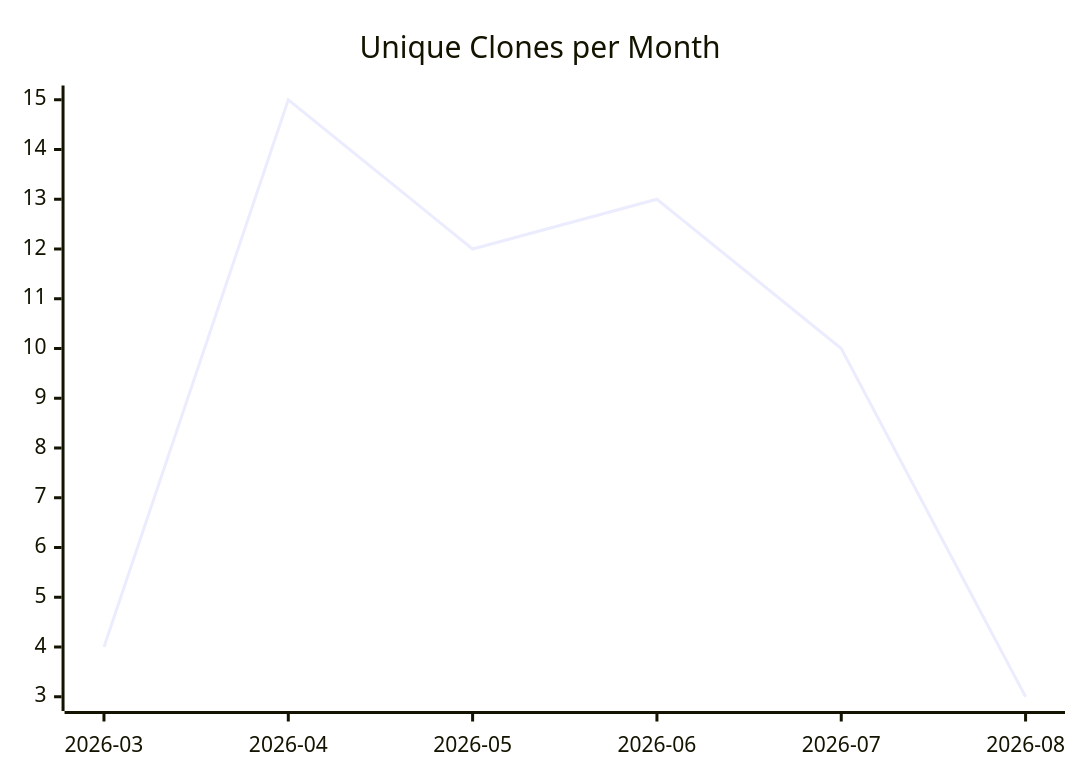
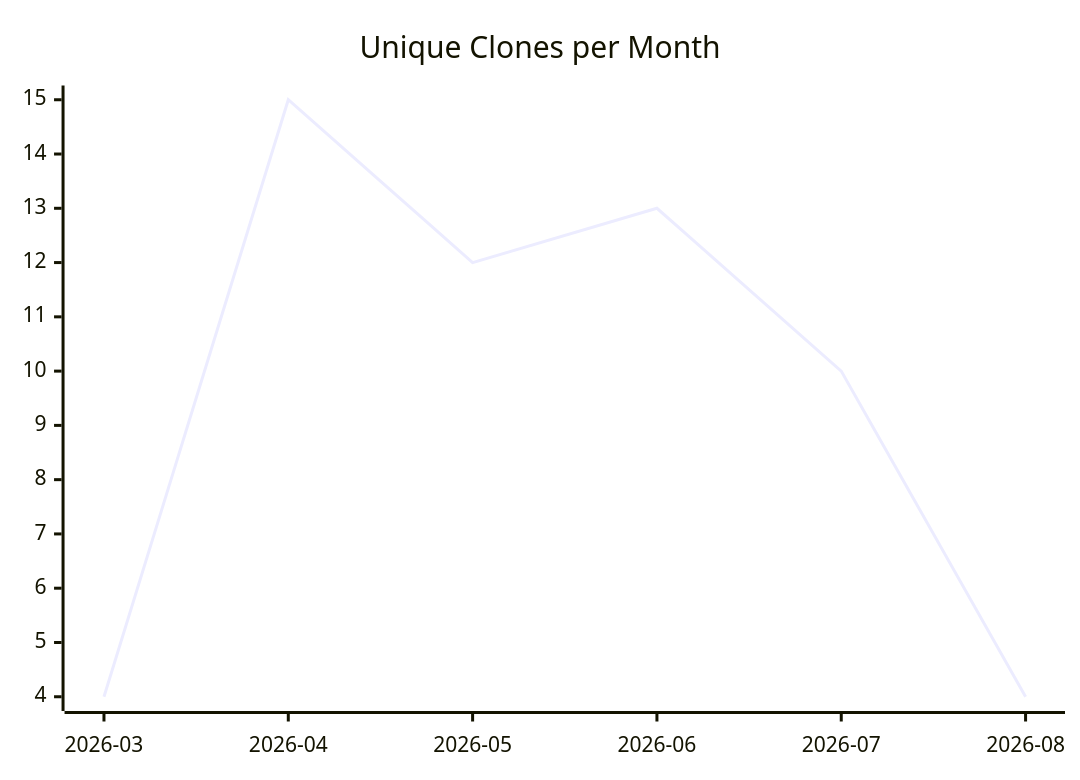
Before and after one commit to justdavis-family/github-analytics-data: the third of 3 diagrams in karlmdavis/ansible-role-bind-dns/README.md, drawn with Mermaid. The commit also changed other lines of this file and 167 other files, not shown here.

````diff
--- a/karlmdavis/ansible-role-bind-dns/README.md
+++ b/karlmdavis/ansible-role-bind-dns/README.md
@@ -19,6 +19,6 @@
 ```mermaid
 xychart-beta
   title "Unique Clones per Month"
   x-axis ["2026-03", "2026-04", "2026-05", "2026-06", "2026-07", "2026-08"]
-  line [4, 15, 12, 13, 10, 3]
+  line [4, 15, 12, 13, 10, 4]
 ```
````
